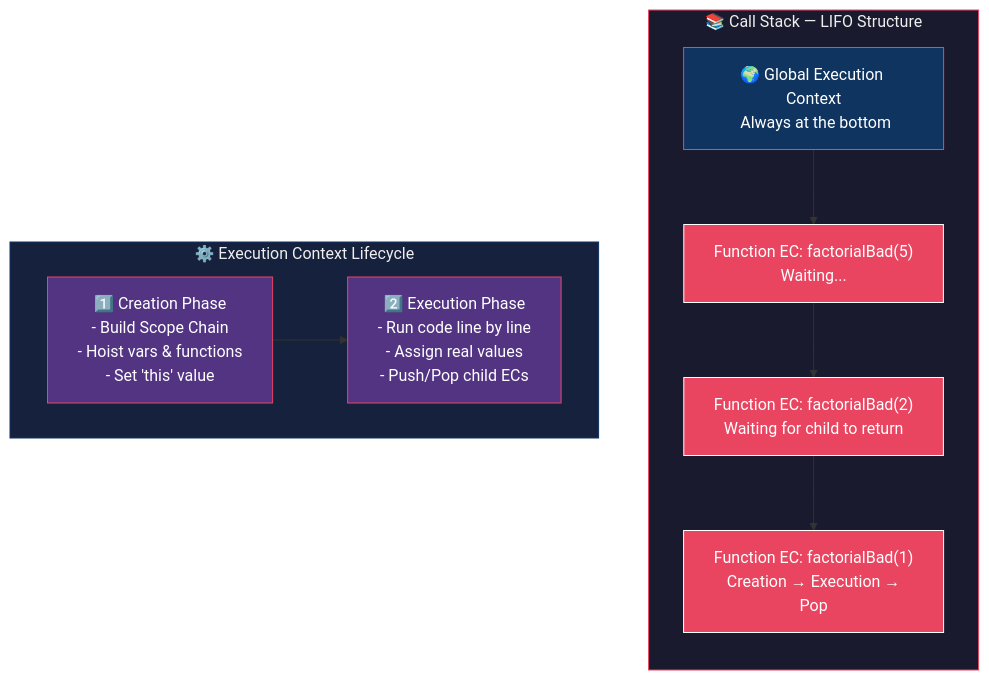
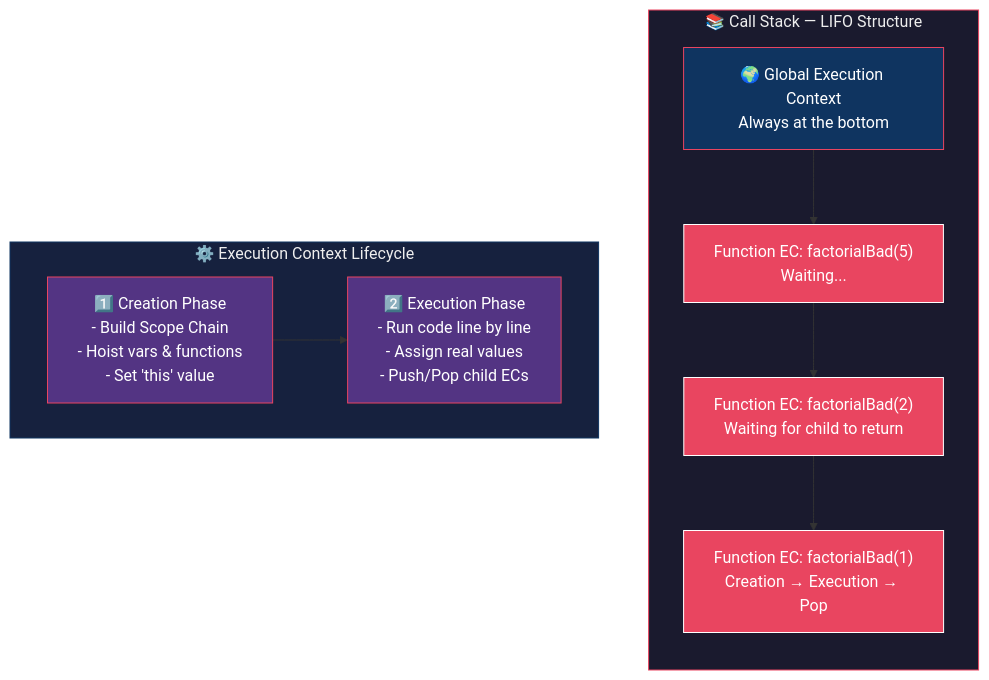
One commit to muhammad-khaled-tech/My-Study-Notes changed the first of 5 diagrams in JavaScript/JS_Mastery_Module1_Module2.md. Above: the diagram before and after it, drawn with Mermaid. The commit also changed 2 other files, not shown here.

Commit message:
vault backup: 2026-03-27 16:47:44

````diff
--- a/JavaScript/JS_Mastery_Module1_Module2.md
+++ b/JavaScript/JS_Mastery_Module1_Module2.md
@@ -50,30 +50,30 @@
 ```mermaid
 graph TB
     subgraph CallStack["📚 Call Stack — LIFO Structure"]
         direction TB
-        FEC2["Function EC: factorialBad(1)\n Creation → Execution → Pop"]
-        FEC1["Function EC: factorialBad(2)\n Waiting for child to return"]
-        FEC0["Function EC: factorialBad(5)\n Waiting..."]
-        GEC["🌍 Global Execution Context\n Always at the bottom"]
+        FEC2["Function EC: factorialBad(1)<br>Creation → Execution → Pop"]
+        FEC1["Function EC: factorialBad(2)<br>Waiting for child to return"]
+        FEC0["Function EC: factorialBad(5)<br>Waiting..."]
+        GEC["🌍 Global Execution Context<br>Always at the bottom"]
     end
 
     subgraph EC_Phases["⚙️ Execution Context Lifecycle"]
         direction LR
-        CP["1️⃣ Creation Phase\n - Build Scope Chain\n - Hoist vars & functions\n - Set 'this' value"]
-        EP["2️⃣ Execution Phase\n - Run code line by line\n - Assign real values\n - Push/Pop child ECs"]
+        CP["1️⃣ Creation Phase<br>- Build Scope Chain<br>- Hoist vars & functions<br>- Set 'this' value"]
+        EP["2️⃣ Execution Phase<br>- Run code line by line<br>- Assign real values<br>- Push/Pop child ECs"]
         CP --> EP
     end
 
     GEC --> FEC0
     FEC0 --> FEC1
     FEC1 --> FEC2
 
     style CallStack fill:#1a1a2e,stroke:#e94560,color:#eee
     style EC_Phases fill:#16213e,stroke:#0f3460,color:#eee
     style GEC fill:#0f3460,stroke:#e94560,color:#fff
     style FEC0 fill:#e94560,stroke:#fff,color:#fff
     style FEC1 fill:#e94560,stroke:#fff,color:#fff
     style FEC2 fill:#e94560,stroke:#fff,color:#fff
     style CP fill:#533483,stroke:#e94560,color:#fff
     style EP fill:#533483,stroke:#e94560,color:#fff
 ```
````
